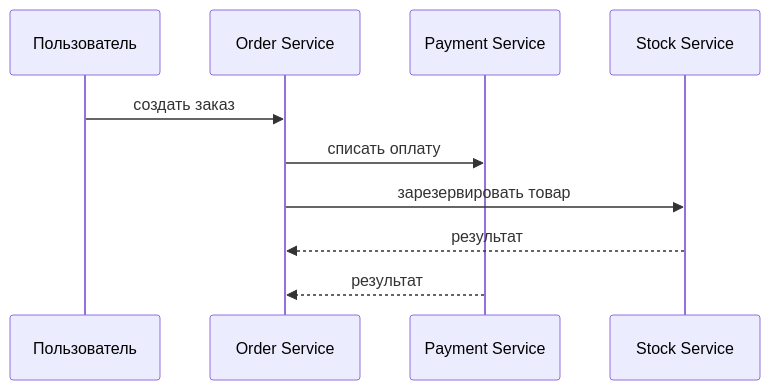
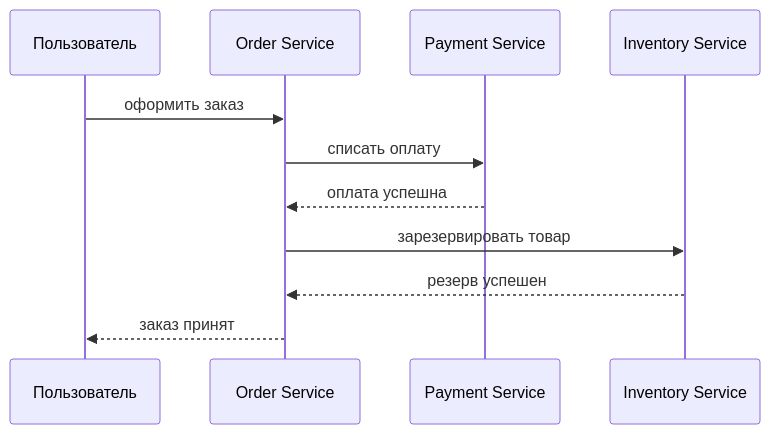
The first of 14 diagrams in lectures/Lec12/vitepress.md (Kert0n/KPO), drawn with Mermaid before and after one commit. The commit also changed other lines of this file and 9 other files, not shown here.

````diff
--- a/lectures/Lec12/vitepress.md
+++ b/lectures/Lec12/vitepress.md
@@ -37,12 +56,14 @@
 ```mermaid
 sequenceDiagram
     participant User as Пользователь
     participant Order as Order Service
     participant Payment as Payment Service
-    participant Stock as Stock Service
-    User->>Order: создать заказ
+    participant Inventory as Inventory Service
+
+    User->>Order: оформить заказ
     Order->>Payment: списать оплату
-    Order->>Stock: зарезервировать товар
-    Stock-->>Order: результат
-    Payment-->>Order: результат
+    Payment-->>Order: оплата успешна
+    Order->>Inventory: зарезервировать товар
+    Inventory-->>Order: резерв успешен
+    Order-->>User: заказ принят
 ```
````
